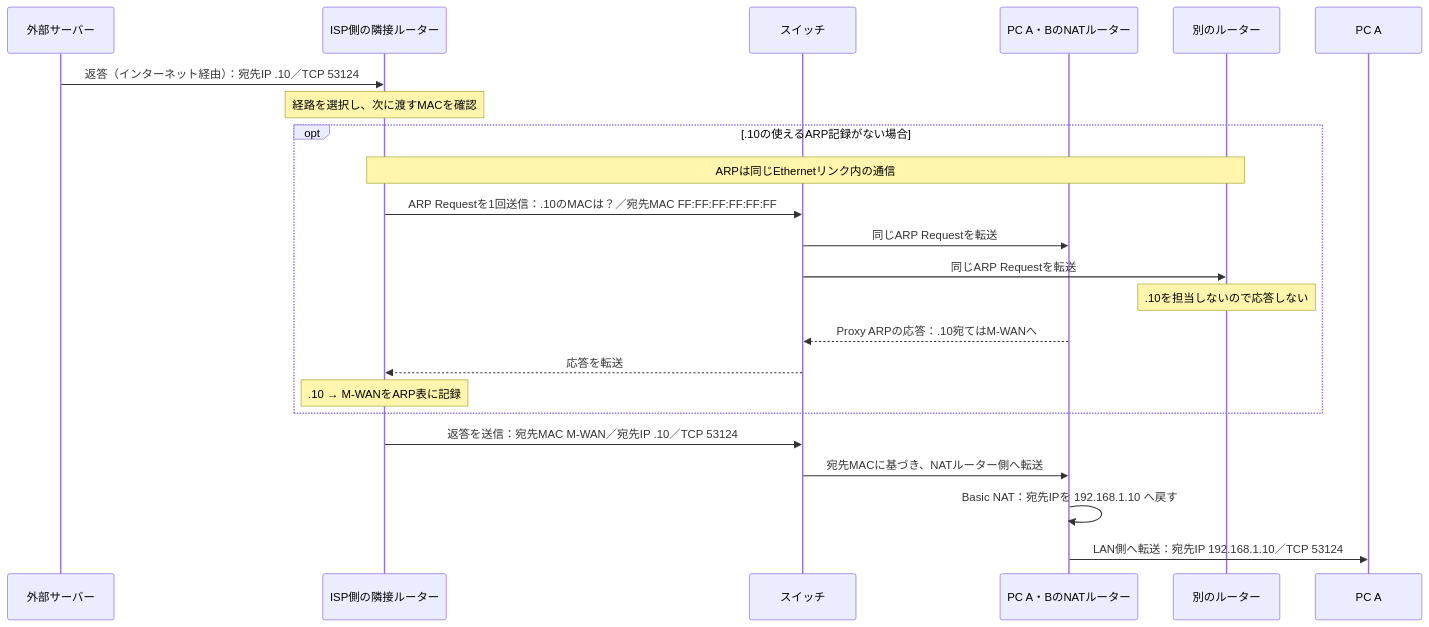
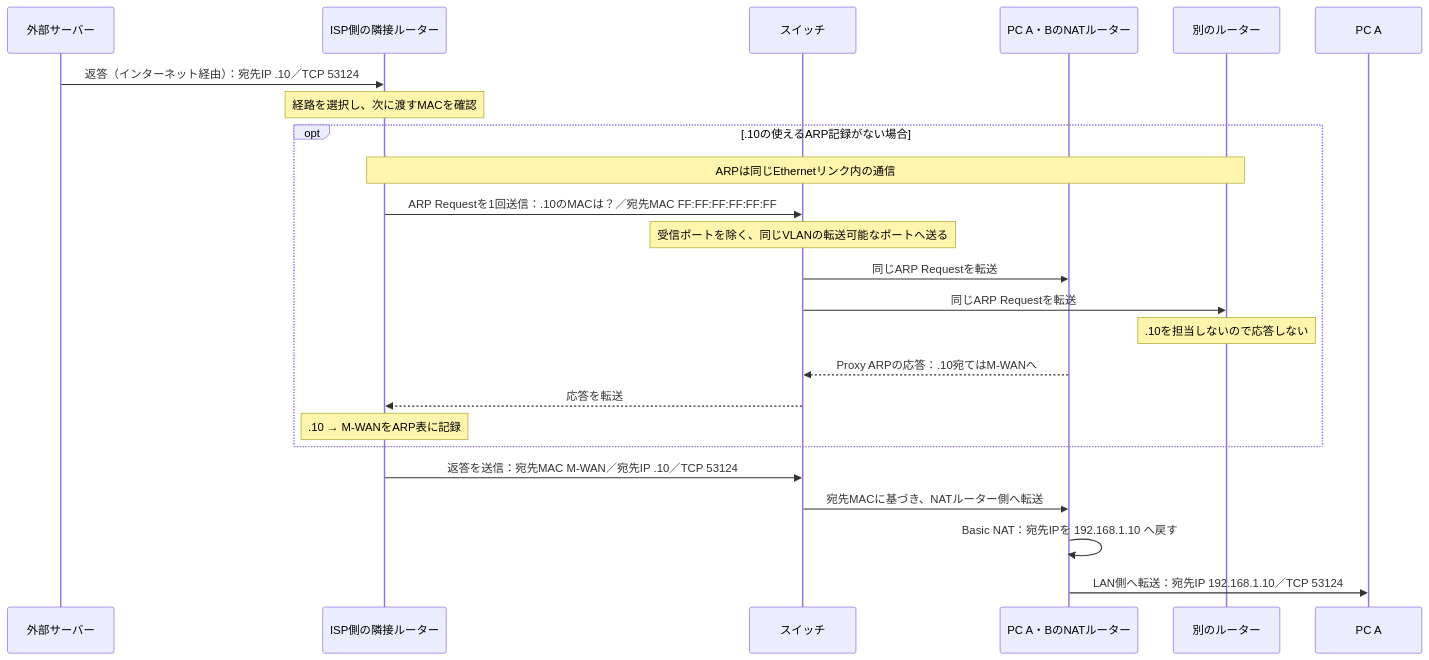
One commit to mgmaru/reading-notes changed the third of 4 diagrams in engineering/question/basic_security_at_home_20261005_question15_16_nat_napt.md. Above: the diagram before and after it, drawn with Mermaid. The commit also changed other lines of this file and 1 other file, not shown here.

````diff
--- a/engineering/question/basic_security_at_home_20261005_question15_16_nat_napt.md
+++ b/engineering/question/basic_security_at_home_20261005_question15_16_nat_napt.md
@@ -448,25 +448,26 @@
 ```mermaid
 sequenceDiagram
     participant S as 外部サーバー
     participant U as ISP側の隣接ルーター
     participant W as スイッチ
     participant R as PC A・BのNATルーター
     participant O as 別のルーター
     participant A as PC A
     S->>U: 返答（インターネット経由）：宛先IP .10／TCP 53124
     Note over U: 経路を選択し、次に渡すMACを確認
     opt .10の使えるARP記録がない場合
         Note over U,O: ARPは同じEthernetリンク内の通信
         U->>W: ARP Requestを1回送信：.10のMACは？／宛先MAC FF:FF:FF:FF:FF:FF
+        Note over W: 受信ポートを除く、同じVLANの転送可能なポートへ送る
         W->>R: 同じARP Requestを転送
         W->>O: 同じARP Requestを転送
         Note over O: .10を担当しないので応答しない
         R-->>W: Proxy ARPの応答：.10宛てはM-WANへ
         W-->>U: 応答を転送
         Note over U: .10 → M-WANをARP表に記録
     end
     U->>W: 返答を送信：宛先MAC M-WAN／宛先IP .10／TCP 53124
     W->>R: 宛先MACに基づき、NATルーター側へ転送
     R->>R: Basic NAT：宛先IPを 192.168.1.10 へ戻す
     R->>A: LAN側へ転送：宛先IP 192.168.1.10／TCP 53124
 ```
````
